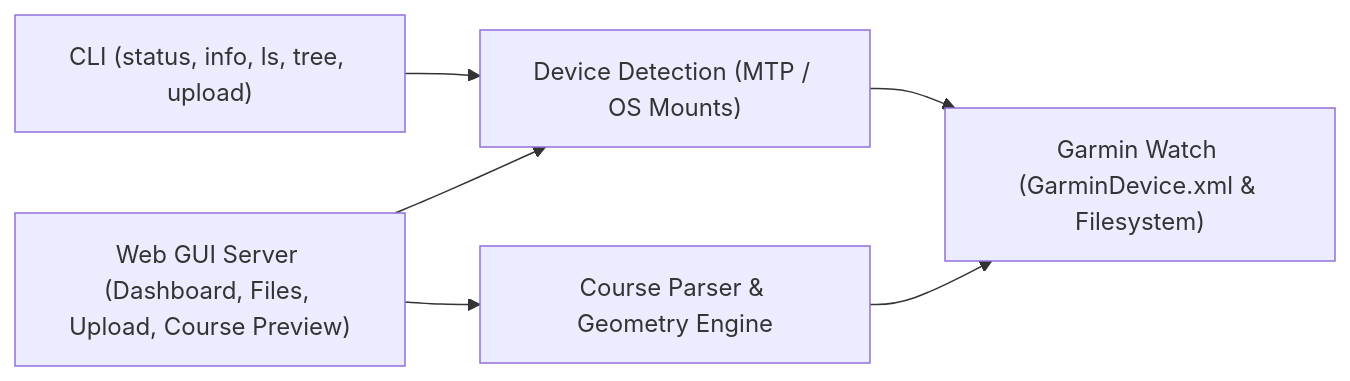
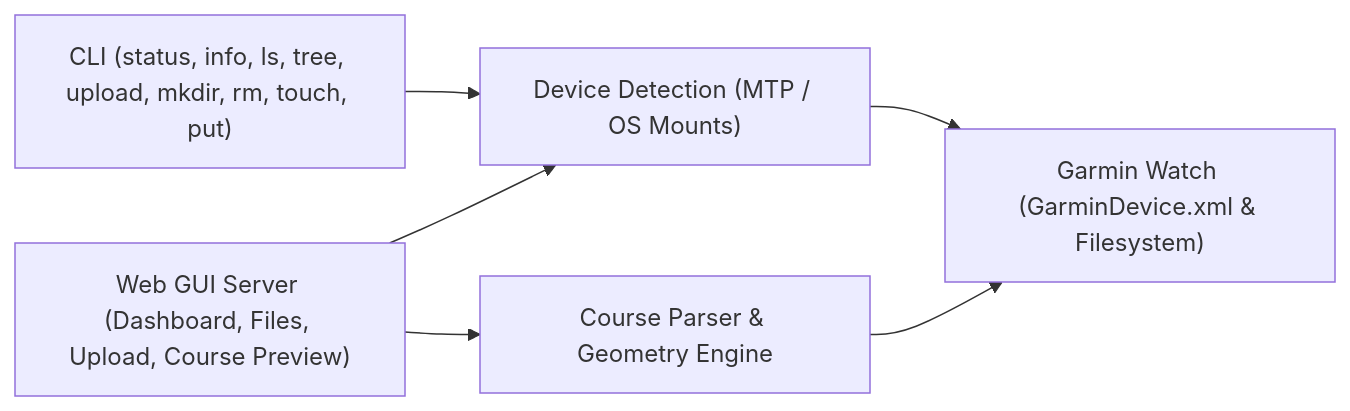
Before and after one commit to jvanheerikhuize/garmin-connector: the diagram in specs/constitution.md, drawn with Mermaid. The commit also changed other lines of this file and 2 other files, not shown here.

````diff
--- a/specs/constitution.md
+++ b/specs/constitution.md
@@ -77,8 +80,8 @@
 ```mermaid
 flowchart LR
-    CLI["CLI (status, info, ls, tree, upload)"] --> Detector["Device Detection (MTP / OS Mounts)"]
+    CLI["CLI (status, info, ls, tree, upload, mkdir, rm, touch, put)"] --> Detector["Device Detection (MTP / OS Mounts)"]
     Web["Web GUI Server (Dashboard, Files, Upload, Course Preview)"] --> CourseParser["Course Parser & Geometry Engine"]
     Web --> Detector
     Detector --> Watch["Garmin Watch (GarminDevice.xml & Filesystem)"]
     CourseParser --> Watch
 ```
````
